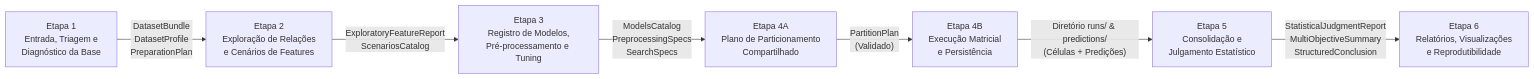
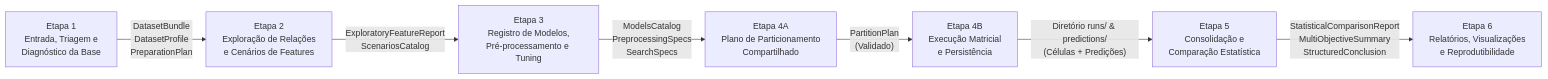
One commit to aleerangel/experimental-ml-framework changed the second of 4 diagrams in engenharia_software/ARQUITETURA_E_CONTRATOS.md. Above: the diagram before and after it, drawn with Mermaid. The commit also changed other lines of this file and 3 other files, not shown here.

````diff
--- a/engenharia_software/ARQUITETURA_E_CONTRATOS.md
+++ b/engenharia_software/ARQUITETURA_E_CONTRATOS.md
@@ -115,9 +115,9 @@
 ```mermaid
 flowchart LR
     E1["Etapa 1<br/>Entrada, Triagem e<br/>Diagnóstico da Base"] -->|"DatasetBundle<br/>DatasetProfile<br/>PreparationPlan"| E2["Etapa 2<br/>Exploração de Relações<br/>e Cenários de Features"]
     E2 -->|"ExploratoryFeatureReport<br/>ScenariosCatalog"| E3["Etapa 3<br/>Registro de Modelos,<br/>Pré-processamento e Tuning"]
     E3 -->|"ModelsCatalog<br/>PreprocessingSpecs<br/>SearchSpecs"| E4A["Etapa 4A<br/>Plano de Particionamento<br/>Compartilhado"]
     E4A -->|"PartitionPlan<br/>(Validado)"| E4B["Etapa 4B<br/>Execução Matricial<br/>e Persistência"]
-    E4B -->|"Diretório runs/ & predictions/<br/>(Células + Predições)"| E5["Etapa 5<br/>Consolidação e<br/>Julgamento Estatístico"]
-    E5 -->|"StatisticalJudgmentReport<br/>MultiObjectiveSummary<br/>StructuredConclusion"| E6["Etapa 6<br/>Relatórios, Visualizações<br/>e Reprodutibilidade"]
+    E4B -->|"Diretório runs/ & predictions/<br/>(Células + Predições)"| E5["Etapa 5<br/>Consolidação e<br/>Comparação Estatística"]
+    E5 -->|"StatisticalComparisonReport<br/>MultiObjectiveSummary<br/>StructuredConclusion"| E6["Etapa 6<br/>Relatórios, Visualizações<br/>e Reprodutibilidade"]
 ```
````
